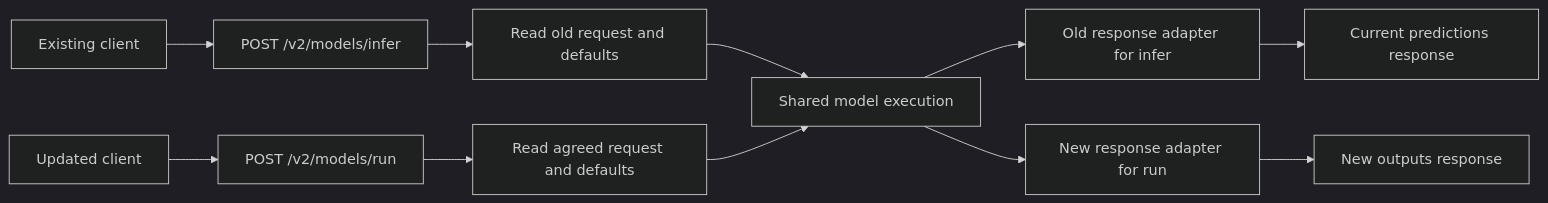
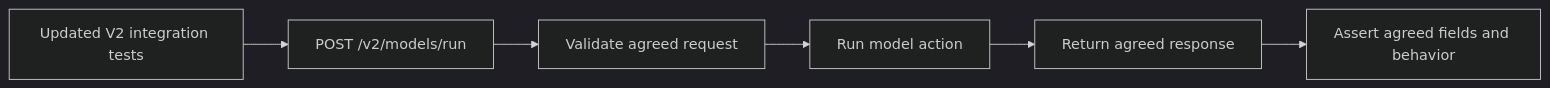
One commit to roboflow/inference changed the third of 4 diagrams in plans/v2-api/01-shared-contract.md. Above: the diagram before and after it, drawn with Mermaid (dark theme). The commit also changed other lines of this file, not shown here.

````diff
--- a/plans/v2-api/01-shared-contract.md
+++ b/plans/v2-api/01-shared-contract.md
@@ -190,13 +188,8 @@
 ```mermaid
 flowchart LR
-    Old[Existing client] --> Infer[POST /v2/models/infer]
-    Infer --> OldInput[Read old request and defaults]
-    New[Updated client] --> Run[POST /v2/models/run]
-    Run --> NewInput[Read agreed request and defaults]
-    OldInput --> Core[Shared model execution]
-    NewInput --> Core
-    Core --> OldOutput[Old response adapter for infer]
-    Core --> NewOutput[New response adapter for run]
-    OldOutput --> Predictions[Current predictions response]
-    NewOutput --> Outputs[New outputs response]
+    Request[POST /v2/models/run] --> Validate[Validate agreed request]
+    Validate --> Execute[Run model action]
+    Execute --> Response[Return agreed response]
+    Tests[Updated V2 integration tests] --> Request
+    Response --> Check[Assert agreed fields and behavior]
 ```
````
